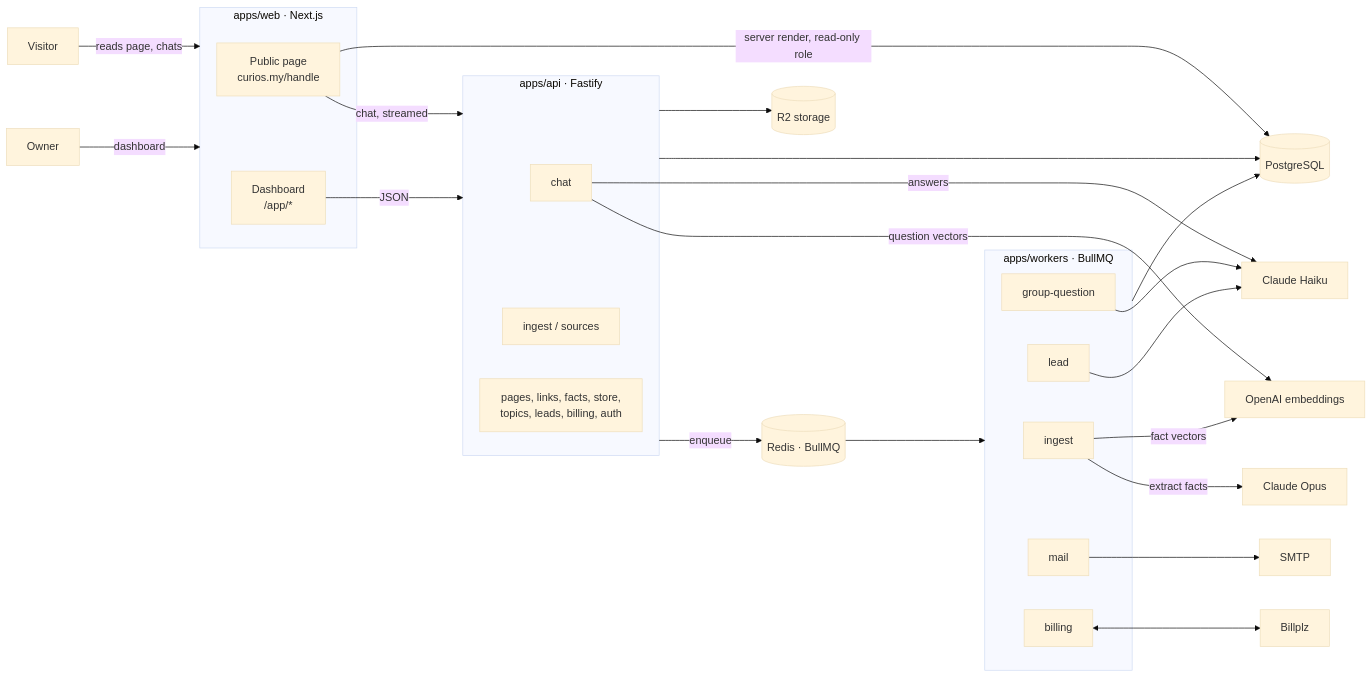
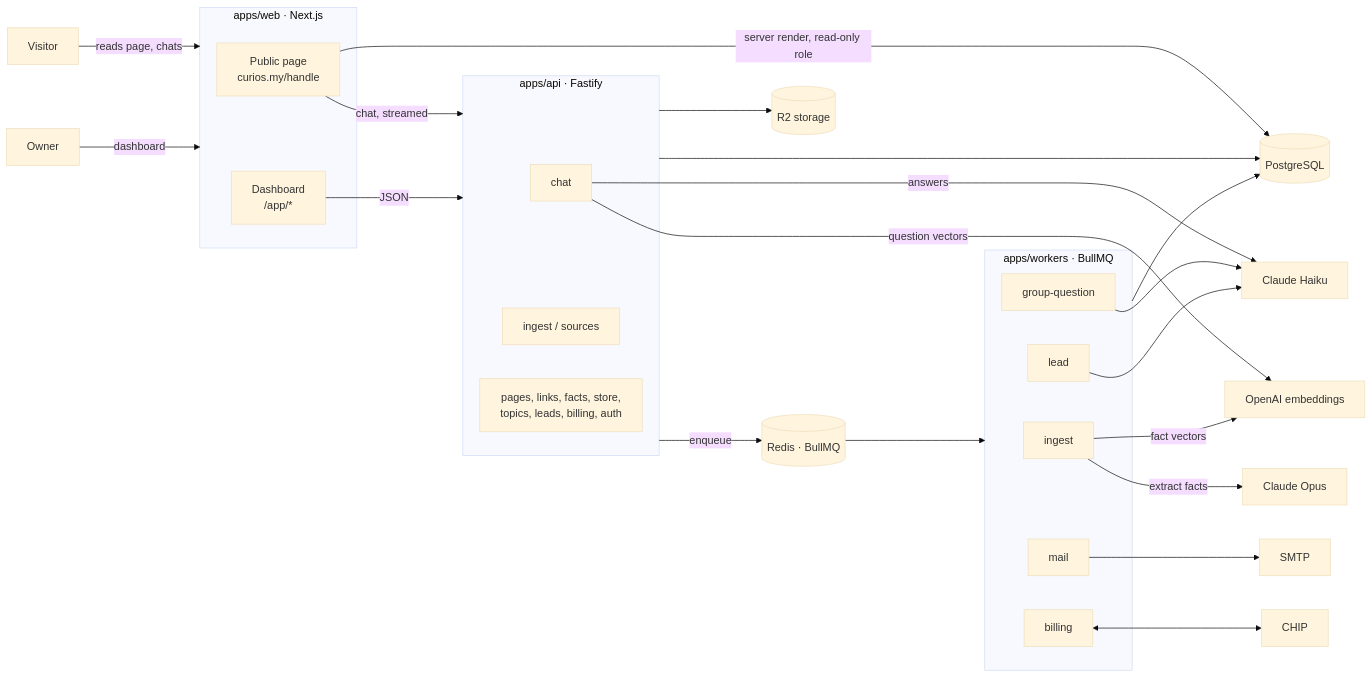
One commit to ImnMuqri/curios changed the first of 3 diagrams in README.md. Above: the diagram before and after it, drawn with Mermaid (base theme). The commit also changed other lines of this file and 10 other files, not shown here.

````diff
--- a/README.md
+++ b/README.md
@@ -41,44 +41,44 @@
 ```mermaid
 flowchart LR
     V[Visitor] -->|reads page, chats| WEB
     O[Owner] -->|dashboard| WEB
 
     subgraph WEB [apps/web · Next.js]
       PUB[Public page<br/>curios.my/handle]
       DASH[Dashboard<br/>/app/*]
     end
 
     PUB -->|server render, read-only role| PG[(PostgreSQL)]
     PUB -->|chat, streamed| API
     DASH -->|JSON| API
 
     subgraph API [apps/api · Fastify]
       CHAT[chat]
       ING[ingest / sources]
       REST[pages, links, facts, store,<br/>topics, leads, billing, auth]
     end
 
     API --> PG
     API -->|enqueue| R[(Redis · BullMQ)]
     CHAT -->|answers| HAIKU[Claude Haiku]
     CHAT -->|question vectors| EMB[OpenAI embeddings]
 
     R --> W
 
     subgraph W [apps/workers · BullMQ]
       WI[ingest]
       WG[group-question]
       WL[lead]
       WM[mail]
       WB[billing]
     end
 
     W --> PG
     WI -->|extract facts| OPUS[Claude Opus]
     WI -->|fact vectors| EMB
     WG --> HAIKU
     WL --> HAIKU
     WM --> SMTP[SMTP]
-    WB <--> BILL[Billplz]
+    WB <--> BILL[CHIP]
     API --> S3[(R2 storage)]
 ```
````
